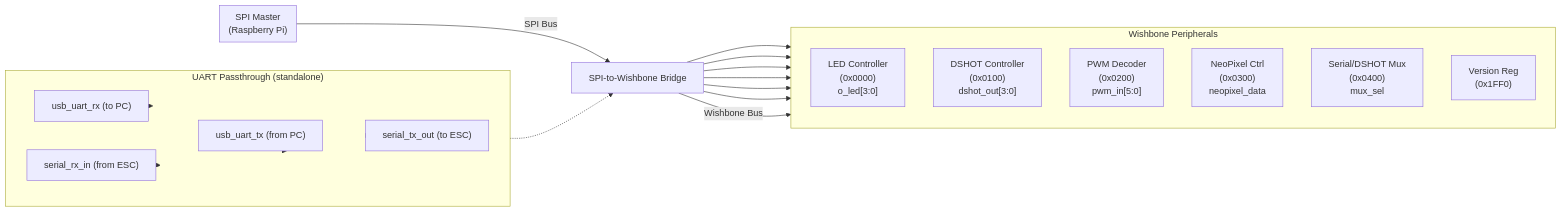
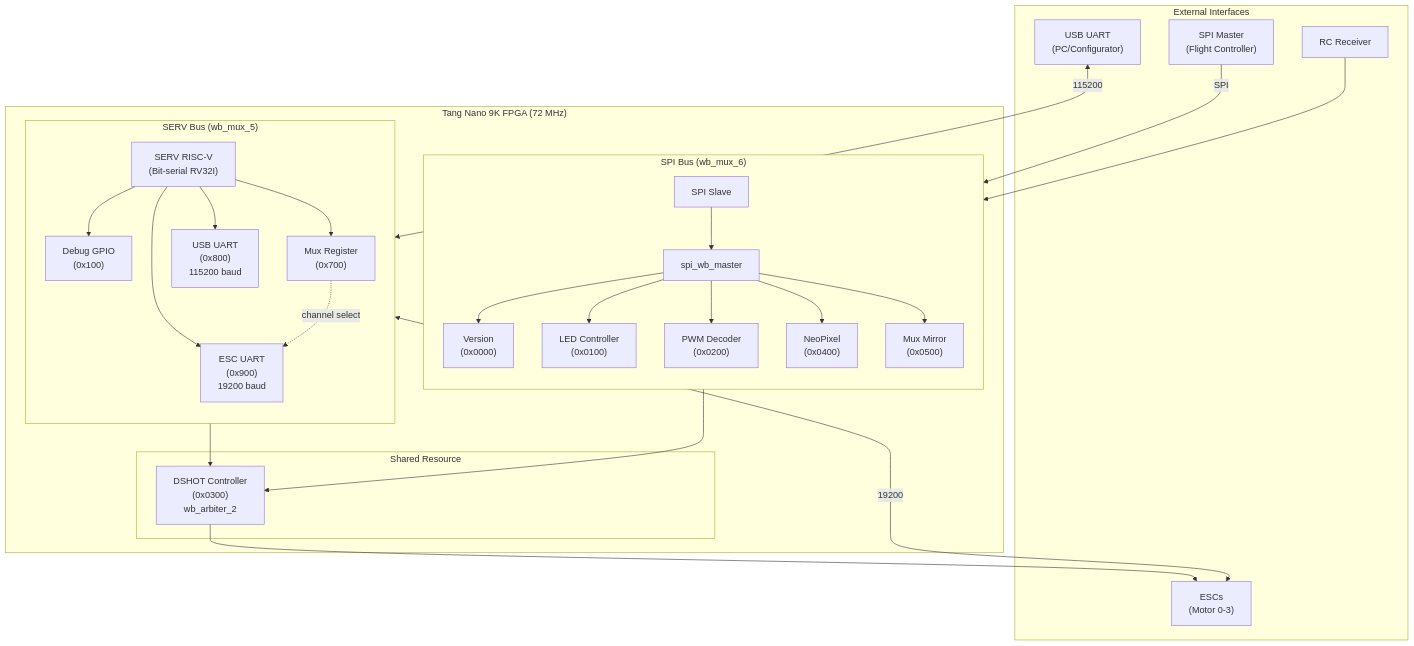
The diagram in SPIQuadCopter/docs/system_block_diagram.md (tcmichals/HacksterIO), drawn with Mermaid before and after one commit. The commit also changed other lines of this file and 84 other files, not shown here.

````diff
--- a/SPIQuadCopter/docs/system_block_diagram.md
+++ b/SPIQuadCopter/docs/system_block_diagram.md
@@ -5,40 +5,63 @@
 ```mermaid
-flowchart LR
-  subgraph SPI_MASTER["SPI Master\n(Raspberry Pi)"]
+flowchart TB
+  subgraph EXTERNAL["External Interfaces"]
+    SPI_MASTER["SPI Master\n(Flight Controller)"]
+    USB["USB UART\n(PC/Configurator)"]
+    ESC["ESCs\n(Motor 0-3)"]
+    RC["RC Receiver"]
   end
 
-  SPI_MASTER -->|SPI Bus| SPI_BRIDGE["SPI-to-Wishbone Bridge"]
+  subgraph FPGA["Tang Nano 9K FPGA (72 MHz)"]
 
-  SPI_BRIDGE -->|Wishbone Bus| WB
+    subgraph SPI_BUS["SPI Bus (wb_mux_6)"]
+      direction TB
+      SPI_SLAVE["SPI Slave"]
+      SPI_WB["spi_wb_master"]
+      VER["Version\n(0x0000)"]
+      LED["LED Controller\n(0x0100)"]
+      PWM["PWM Decoder\n(0x0200)"]
+      NEOPX["NeoPixel\n(0x0400)"]
+      MUX_MIRROR["Mux Mirror\n(0x0500)"]
+    end
 
-  subgraph WB["Wishbone Peripherals"]
-    direction TB
-    LED["LED Controller\n(0x0000)\no_led[3:0]"]
-    DSHOT["DSHOT Controller\n(0x0100)\ndshot_out[3:0]"]
-    PWM["PWM Decoder\n(0x0200)\npwm_in[5:0]"]
-    NEOPX["NeoPixel Ctrl\n(0x0300)\nneopixel_data"]
-    MUX["Serial/DSHOT Mux\n(0x0400)\nmux_sel"]
-    VER["Version Reg\n(0x1FF0)"]
+    subgraph ARBITER["Shared Resource"]
+      DSHOT["DSHOT Controller\n(0x0300)\nwb_arbiter_2"]
+    end
+
+    subgraph SERV_BUS["SERV Bus (wb_mux_5)"]
+      direction TB
+      SERV["SERV RISC-V\n(Bit-serial RV32I)"]
+      DEBUG_GPIO["Debug GPIO\n(0x100)"]
+      MUX_REG["Mux Register\n(0x700)"]
+      USB_UART["USB UART\n(0x800)\n115200 baud"]
+      ESC_UART["ESC UART\n(0x900)\n19200 baud"]
+    end
+
   end
 
-  SPI_BRIDGE --> LED
-  SPI_BRIDGE --> DSHOT
-  SPI_BRIDGE --> PWM
-  SPI_BRIDGE --> NEOPX
-  SPI_BRIDGE --> MUX
-  SPI_BRIDGE --> VER
+  %% SPI Bus connections
+  SPI_MASTER -->|SPI| SPI_SLAVE
+  SPI_SLAVE --> SPI_WB
+  SPI_WB --> VER
+  SPI_WB --> LED
+  SPI_WB --> PWM
+  SPI_WB --> NEOPX
+  SPI_WB --> MUX_MIRROR
+  SPI_WB --> DSHOT
 
-  subgraph PASSTHROUGH["UART Passthrough (standalone)"]
-    direction LR
-    USB_RX["usb_uart_rx (to PC)"]
-    USB_TX["usb_uart_tx (from PC)"]
-    SER_TX["serial_tx_out (to ESC)"]
-    SER_RX["serial_rx_in (from ESC)"]
-  end
+  %% SERV Bus connections
+  SERV --> DEBUG_GPIO
+  SERV --> MUX_REG
+  SERV --> USB_UART
+  SERV --> ESC_UART
+  SERV --> DSHOT
 
-  PASSTHROUGH -.-> SPI_BRIDGE
-  USB_RX --> PASSTHROUGH
-  PASSTHROUGH --> USB_TX
-  PASSTHROUGH --> SER_TX
-  SER_RX --> PASSTHROUGH
+  %% External connections
+  USB <-->|115200| USB_UART
+  ESC_UART <-->|19200| ESC
+  RC --> PWM
+  DSHOT --> ESC
+
+  %% Mux register -> motor pin selection
+  MUX_REG -.->|channel select| ESC_UART
 ```
````
